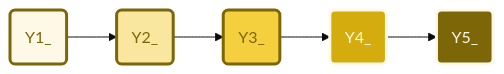
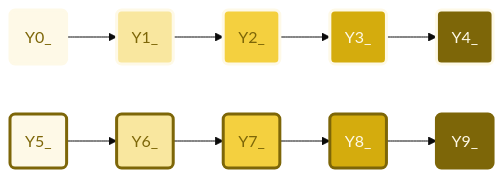
One commit to APrettyCoolProgram/aprettycoolprogram changed the fifth of 10 diagrams in profile/mermaid/mermaid-colors.md. Above: the diagram before and after it, drawn with Mermaid (base theme). The commit also changed other lines of this file, not shown here.

````diff
--- a/profile/mermaid/mermaid-colors.md
+++ b/profile/mermaid/mermaid-colors.md
@@ -132,17 +185,28 @@
 ```mermaid
 flowchart LR
   %% Components
+  Y0@{shape: rounded, label: "Y0_"}
   Y1@{shape: rounded, label: "Y1_"}
   Y2@{shape: rounded, label: "Y2_"}
   Y3@{shape: rounded, label: "Y3_"}
   Y4@{shape: rounded, label: "Y4_"}
   Y5@{shape: rounded, label: "Y5_"}
+  Y6@{shape: rounded, label: "Y6_"}
+  Y7@{shape: rounded, label: "Y7_"}
+  Y8@{shape: rounded, label: "Y8_"}
+  Y9@{shape: rounded, label: "Y9_"}
   %% Layout
-  Y1:::Y1_ --> Y2:::Y2_ --> Y3:::Y3_ --> Y4:::Y4_ --> Y5:::Y5_ 
+  Y0:::Y0_ --> Y1:::Y1_ --> Y2:::Y2_ --> Y3:::Y3_ --> Y4:::Y4_
+  Y5:::Y5_ --> Y6:::Y6_ --> Y7:::Y7_ --> Y8:::Y8_ --> Y9:::Y9_ 
   %% Styles
-  classDef Y1_ stroke:#7d6608,stroke-width:3px,fill:#fef9e7,color:#7d6608
-  classDef Y2_ stroke:#7d6608,stroke-width:3px,fill:#f9e79f,color:#7d6608
-  classDef Y3_ stroke:#7d6608,stroke-width:3px,fill:#f4d03f,color:#7d6608
-  classDef Y4_ stroke:#fef9e7,stroke-width:3px,fill:#d4ac0d,color:#fef9e7
-  classDef Y5_ stroke:#fef9e7,stroke-width:3px,fill:#7d6608,color:#fef9e7
+  classDef Y0_ stroke:#fef9e7,stroke-width:3px,fill:#fef9e7,color:#7d6608
+  classDef Y1_ stroke:#fef9e7,stroke-width:3px,fill:#f9e79f,color:#7d6608
+  classDef Y2_ stroke:#fef9e7,stroke-width:3px,fill:#f4d03f,color:#7d6608
+  classDef Y3_ stroke:#fef9e7,stroke-width:3px,fill:#d4ac0d,color:#fef9e7
+  classDef Y4_ stroke:#fef9e7,stroke-width:3px,fill:#7d6608,color:#fef9e7
+  classDef Y5_ stroke:#7d6608,stroke-width:3px,fill:#fef9e7,color:#7d6608
+  classDef Y6_ stroke:#7d6608,stroke-width:3px,fill:#f9e79f,color:#7d6608
+  classDef Y7_ stroke:#7d6608,stroke-width:3px,fill:#f4d03f,color:#7d6608
+  classDef Y8_ stroke:#7d6608,stroke-width:3px,fill:#d4ac0d,color:#fef9e7
+  classDef Y9_ stroke:#7d6608,stroke-width:3px,fill:#7d6608,color:#fef9e7
 ```
````
